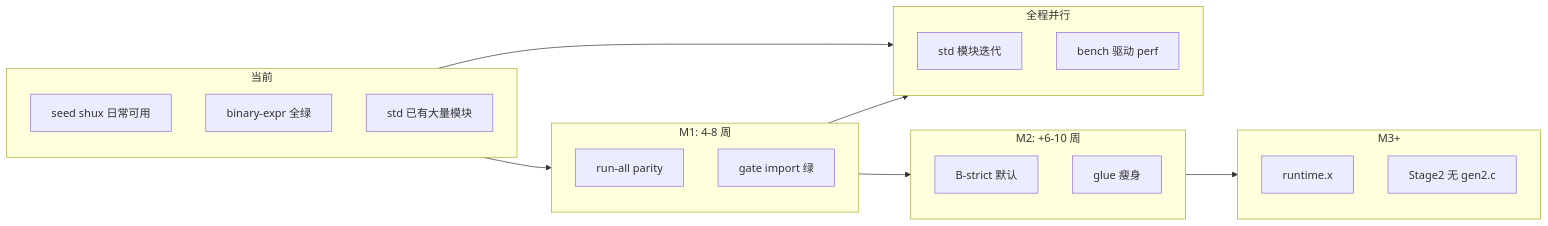
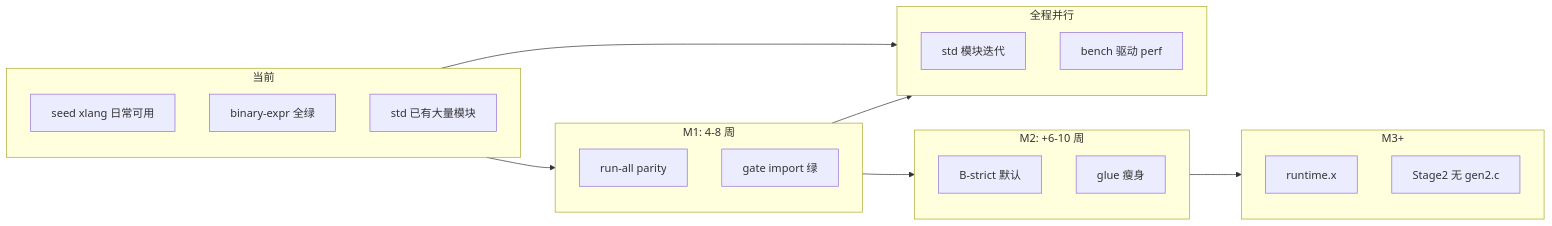
One commit to shuliangfu/x-lang changed the diagram in analysis/archive/narrative/自举阶段进度与路线图.md. Above: the diagram before and after it, drawn with Mermaid. The commit also changed other lines of this file and 2862 other files, not shown here.

First line of the commit message:
rename: Shux → Xlang across CLI, sources, ABI, docs (keep workspace dir)

````diff
--- a/analysis/archive/narrative/自举阶段进度与路线图.md
+++ b/analysis/archive/narrative/自举阶段进度与路线图.md
@@ -218,29 +218,29 @@
 ```mermaid
 flowchart LR
   subgraph now [当前]
-    A[seed shux 日常可用]
+    A[seed xlang 日常可用]
     B[binary-expr 全绿]
     C[std 已有大量模块]
   end
   subgraph M1 [M1: 4-8 周]
     D[run-all parity]
     E[gate import 绿]
   end
   subgraph M2 [M2: +6-10 周]
     F[B-strict 默认]
     G[glue 瘦身]
   end
   subgraph parallel [全程并行]
     H[std 模块迭代]
     I[bench 驱动 perf]
   end
   subgraph M3 [M3+]
     J[runtime.x]
     K[Stage2 无 gen2.c]
   end
   now --> M1
   M1 --> M2
   M2 --> M3
   now --> parallel
   M1 --> parallel
 ```
````
